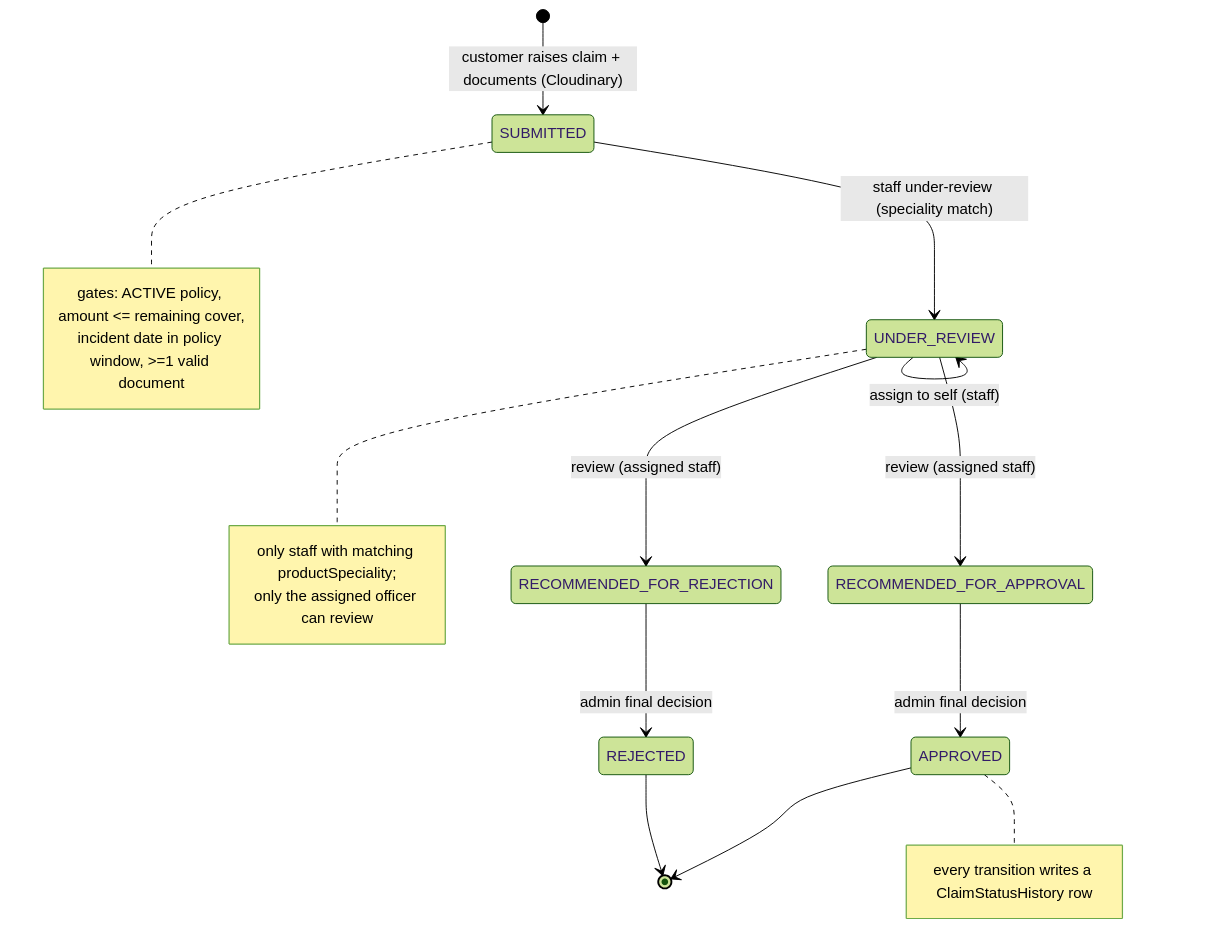
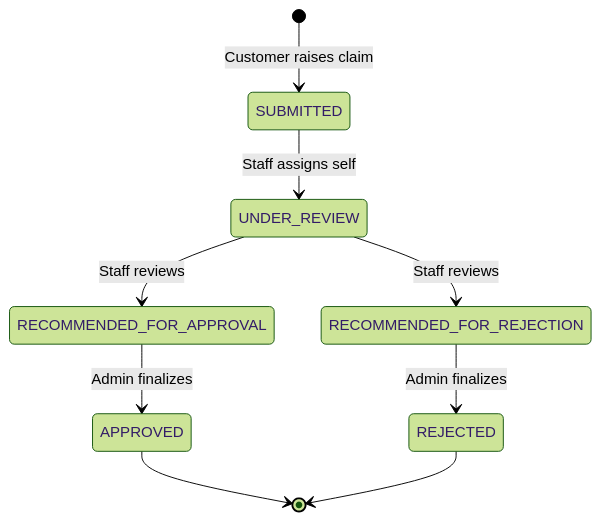
One commit to Gurry-12/insurance-policy-claim-capstone-project changed the fourth of 4 diagrams in docs/08_Workflows/Claim_Flow.md. Above: the diagram before and after it, drawn with Mermaid (forest theme). The commit also changed other lines of this file and 86 other files, not shown here.

````diff
--- a/docs/08_Workflows/Claim_Flow.md
+++ b/docs/08_Workflows/Claim_Flow.md
@@ -83,24 +124,11 @@
 ```mermaid
 stateDiagram-v2
-    [*] --> SUBMITTED : customer raises claim + documents (Cloudinary)
-    SUBMITTED --> UNDER_REVIEW : staff under-review (speciality match)
-    UNDER_REVIEW --> UNDER_REVIEW : assign to self (staff)
-    UNDER_REVIEW --> RECOMMENDED_FOR_APPROVAL : review (assigned staff)
-    UNDER_REVIEW --> RECOMMENDED_FOR_REJECTION : review (assigned staff)
-    RECOMMENDED_FOR_APPROVAL --> APPROVED : admin final decision
-    RECOMMENDED_FOR_REJECTION --> REJECTED : admin final decision
+    [*] --> SUBMITTED : Customer raises claim
+    SUBMITTED --> UNDER_REVIEW : Staff assigns self
+    UNDER_REVIEW --> RECOMMENDED_FOR_APPROVAL : Staff reviews
+    UNDER_REVIEW --> RECOMMENDED_FOR_REJECTION : Staff reviews
+    RECOMMENDED_FOR_APPROVAL --> APPROVED : Admin finalizes
+    RECOMMENDED_FOR_REJECTION --> REJECTED : Admin finalizes
     APPROVED --> [*]
     REJECTED --> [*]
-
-    note right of SUBMITTED
-      gates: ACTIVE policy, amount <= remaining cover,
-      incident date in policy window, >=1 valid document
-    end note
-    note right of UNDER_REVIEW
-      only staff with matching productSpeciality;
-      only the assigned officer can review
-    end note
-    note right of APPROVED
-      every transition writes a ClaimStatusHistory row
-    end note
 ```
````
